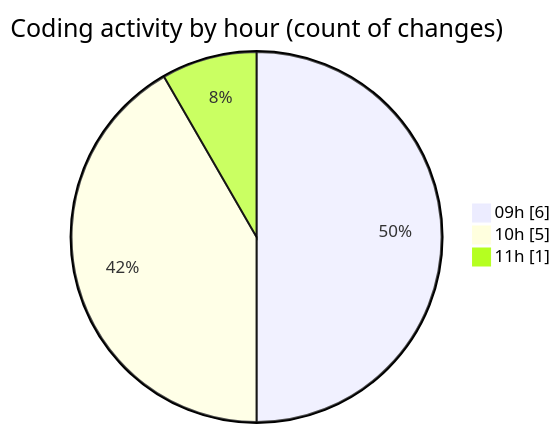
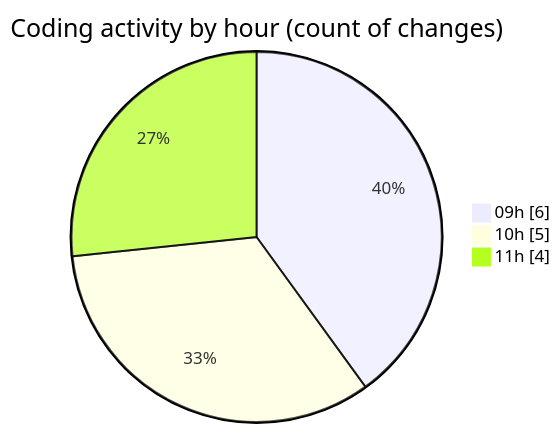
The second of 2 diagrams in 2025-10-02/cda/README.md (momahboobian/code-tracking), drawn with Mermaid before and after one commit. The commit also changed other lines of this file and 1 other file, not shown here.

````diff
--- a/2025-10-02/cda/README.md
+++ b/2025-10-02/cda/README.md
@@ -32,7 +32,7 @@
 ```mermaid
 pie showData
 title Coding activity by hour (count of changes)
 "09h" : 6
 "10h" : 5
-"11h" : 1
+"11h" : 4
 ```
````
